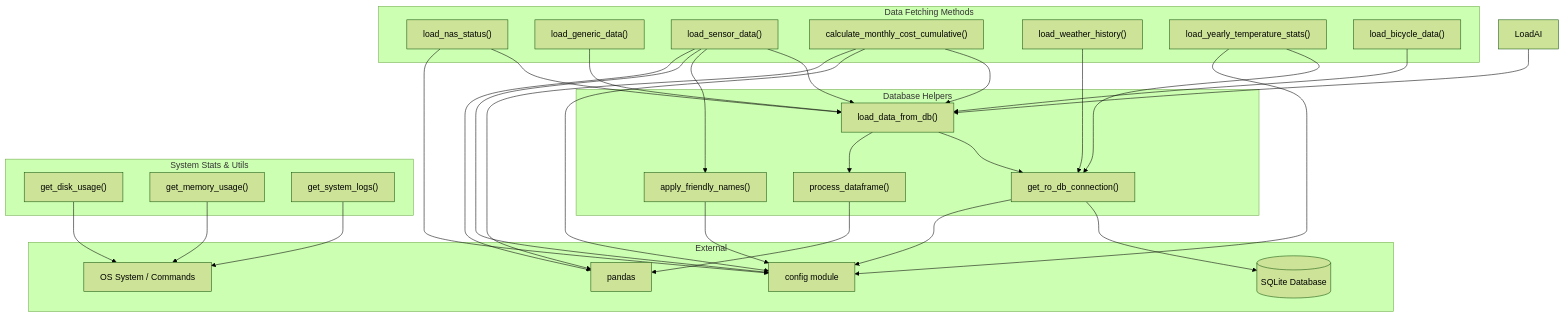
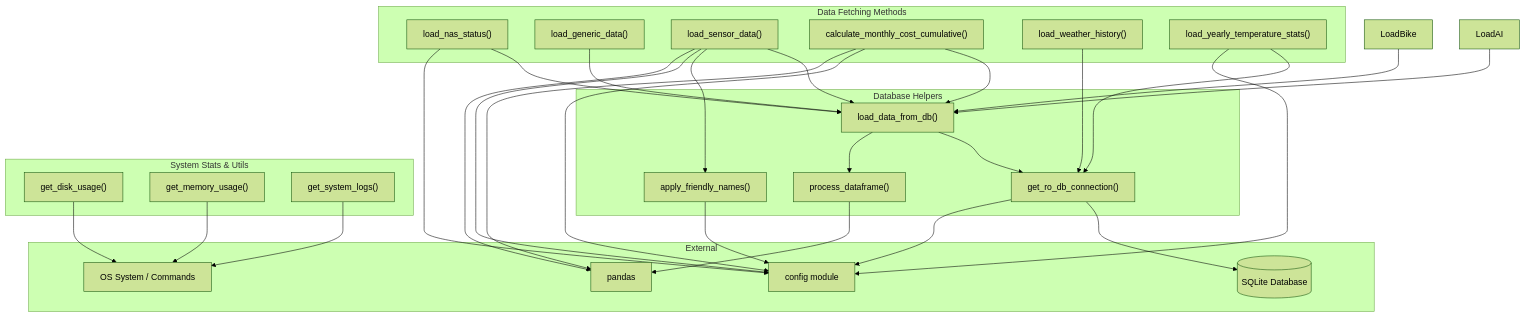
Before and after one commit to mmtigers/my_python_project: the second of 2 diagrams in docs/specifications/MY_HOME_SYSTEM/analysis_service.md, drawn with Mermaid (forest theme). The commit also changed other lines of this file and 37 other files, not shown here.

````diff
--- a/docs/specifications/MY_HOME_SYSTEM/analysis_service.md
+++ b/docs/specifications/MY_HOME_SYSTEM/analysis_service.md
@@ -469,61 +474,60 @@
 ```mermaid
 graph TD
     subgraph External
         SQLite[(SQLite Database)]
         OS[OS System / Commands]
         Config[config module]
         Pandas[pandas]
     end
 
     subgraph Database Helpers
         GetConn["get_ro_db_connection()"]
         ProcessDF["process_dataframe()"]
         ApplyNames["apply_friendly_names()"]
         LoadDB["load_data_from_db()"]
     end
 
     subgraph Data Fetching Methods
         LoadNAS["load_nas_status()"]
         LoadGen["load_generic_data()"]
         LoadSen["load_sensor_data()"]
         CalcCost["calculate_monthly_cost_cumulative()"]
         LoadWea["load_weather_history()"]
         LoadYearly["load_yearly_temperature_stats()"]
-        LoadBike["load_bicycle_data()"]
     end
 
     subgraph System Stats & Utils
         GetDisk["get_disk_usage()"]
         GetMem["get_memory_usage()"]
         GetLogs["get_system_logs()"]
     end
 
     %% Dependencies
     GetConn --> SQLite
     GetConn --> Config
     ApplyNames --> Config
     ProcessDF --> Pandas
     LoadDB --> GetConn
     LoadDB --> ProcessDF
 
     LoadNAS --> LoadDB
     LoadNAS --> Config
     LoadGen --> LoadDB
     LoadSen --> LoadDB
     LoadSen --> ApplyNames
     LoadSen --> Config
     LoadSen --> Pandas
     CalcCost --> LoadDB
     CalcCost --> Config
     CalcCost --> Pandas
     LoadWea --> GetConn
     LoadYearly --> GetConn
     LoadYearly --> Config
     LoadBike --> LoadDB
     LoadAI --> LoadDB
 
     GetDisk --> OS
     GetMem --> OS
     GetLogs --> OS
 
 ```
````
